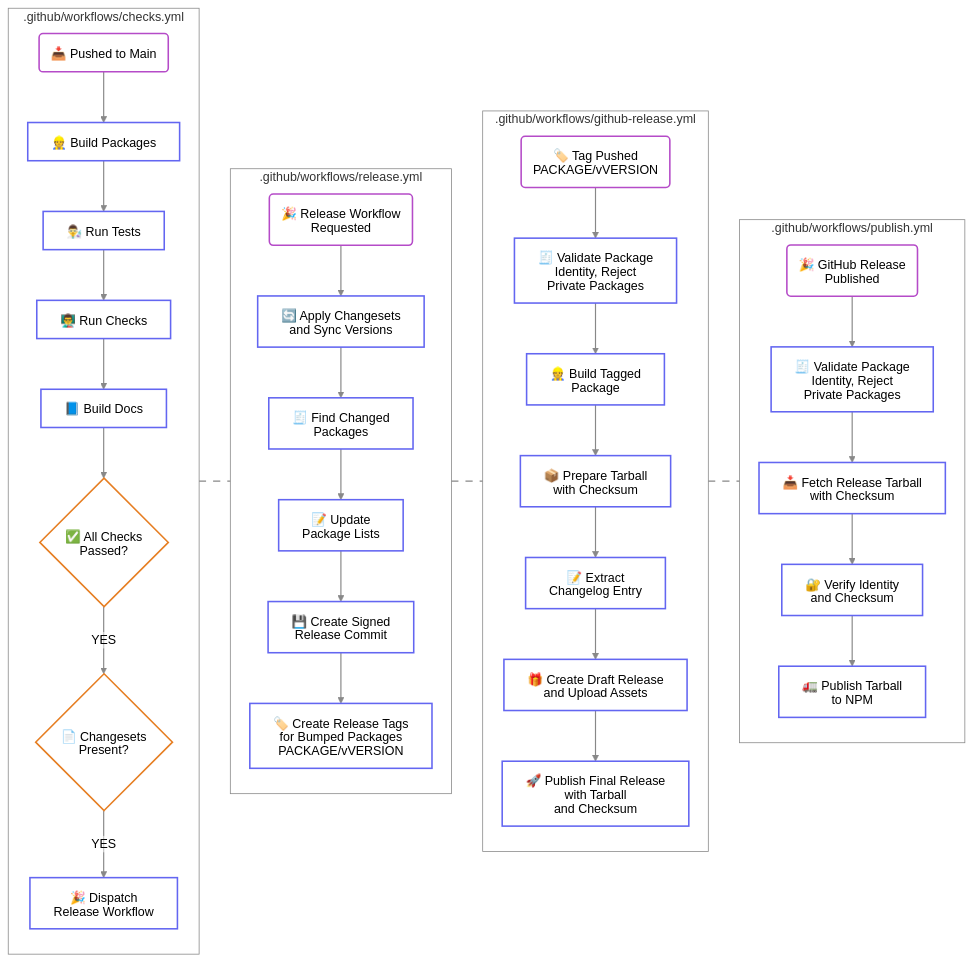
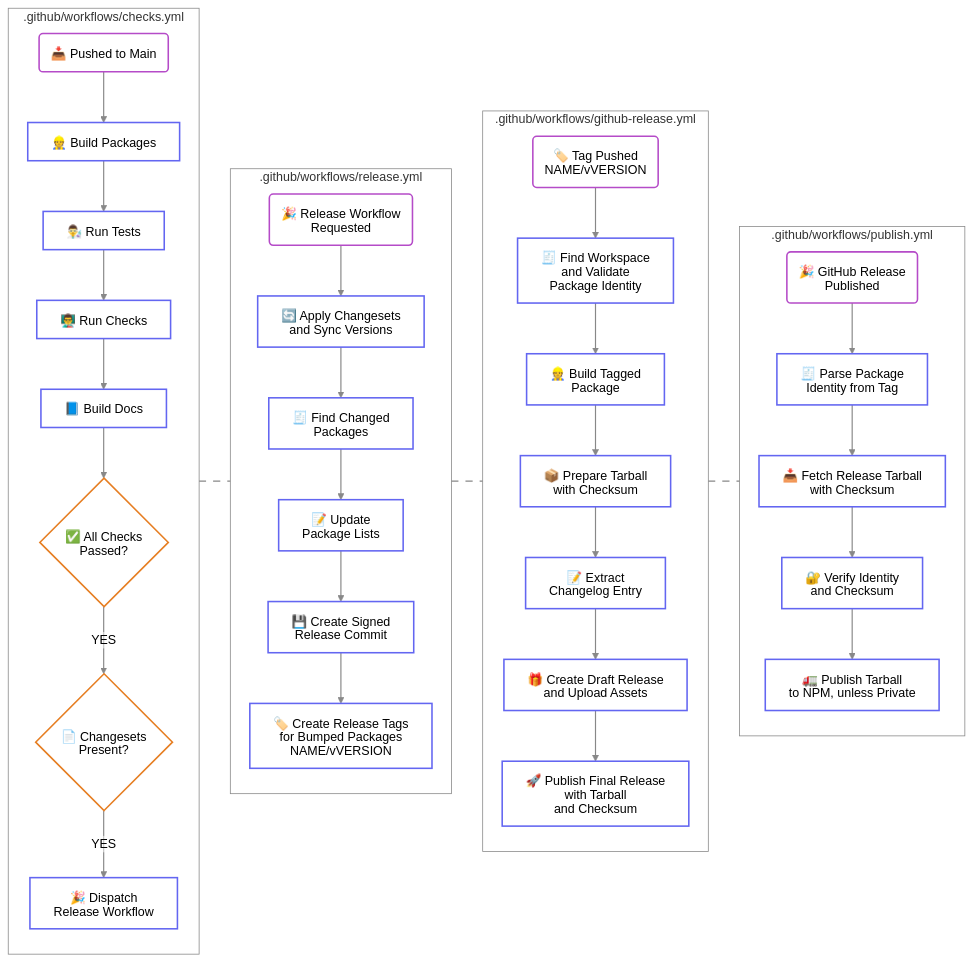
The diagram in README.md (simbo/packages), drawn with Mermaid (neutral theme) before and after one commit. The commit also changed other lines of this file and 33 other files, not shown here.

First line of the commit message:
feat(repo): release every workspace with package name tags

```diff
--- a/README.md
+++ b/README.md
@@ -260,7 +262,7 @@
     CollectPackages["🧾 Find Changed<br>Packages"]
     UpdatePackageDocs["📝 Update<br>Package Lists"]
     CommitAndPushChanges["💾 Create Signed<br>Release Commit"]
-    PushReleaseTags["🏷️ Create Release Tags<br>for Bumped Packages<br>PACKAGE/vVERSION"]
+    PushReleaseTags["🏷️ Create Release Tags<br>for Bumped Packages<br>NAME/vVERSION"]
 
     direction TB
     ReleaseEvent --> IntegrateChangesets
@@ -271,8 +273,8 @@
   end
 
   subgraph GitHubReleaseWorkflow[".github/workflows/github-release.yml"]
-    TagEvent@{ shape: rounded, label: "🏷️ Tag Pushed<br>PACKAGE/vVERSION" }
-    ValidateRelease["🧾 Validate Package<br>Identity, Reject<br>Private Packages"]
+    TagEvent@{ shape: rounded, label: "🏷️ Tag Pushed<br>NAME/vVERSION" }
+    ValidateRelease["🧾 Find Workspace<br>and Validate<br>Package Identity"]
     BuildPackage["👷 Build Tagged<br>Package"]
     PackTarball["📦 Prepare Tarball<br>with Checksum"]
     ExtractChangelogEntry["📝 Extract<br>Changelog Entry"]
@@ -292,8 +294,8 @@
     ReleasePublished@{ shape: rounded, label: "🎉 GitHub Release<br>Published" }
     DownloadArchive["📥 Fetch Release Tarball<br>with Checksum"]
     VerifyDownload["🔐 Verify Identity<br>and Checksum"]
-    ValidatePublish["🧾 Validate Package<br>Identity, Reject<br>Private Packages"]
-    PublishToNpm["🚛 Publish Tarball<br>to NPM"]
+    ValidatePublish["🧾 Parse Package<br>Identity from Tag"]
+    PublishToNpm["🚛 Publish Tarball<br>to NPM, unless Private"]
 
     direction TB
     ReleasePublished --> ValidatePublish
```
